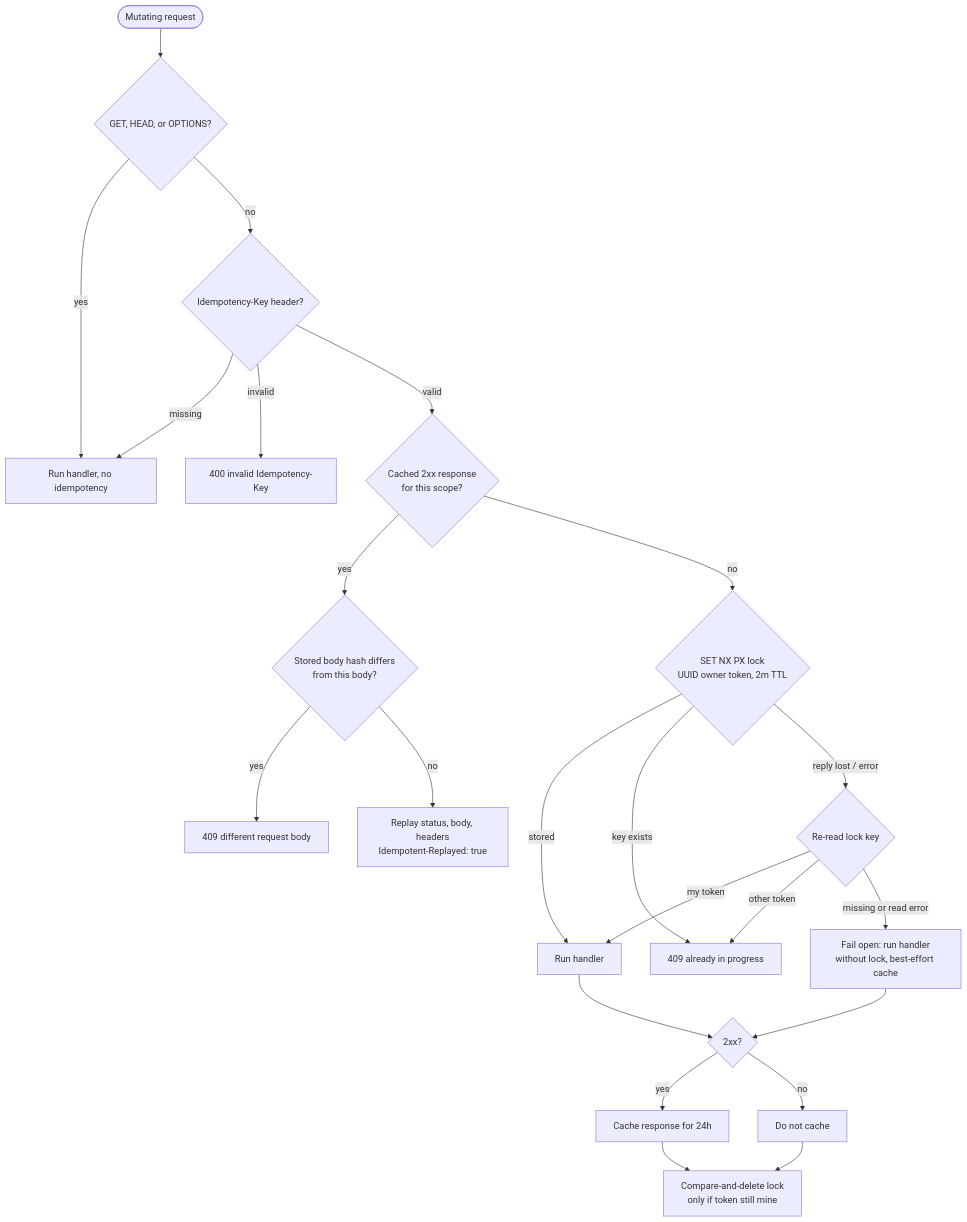
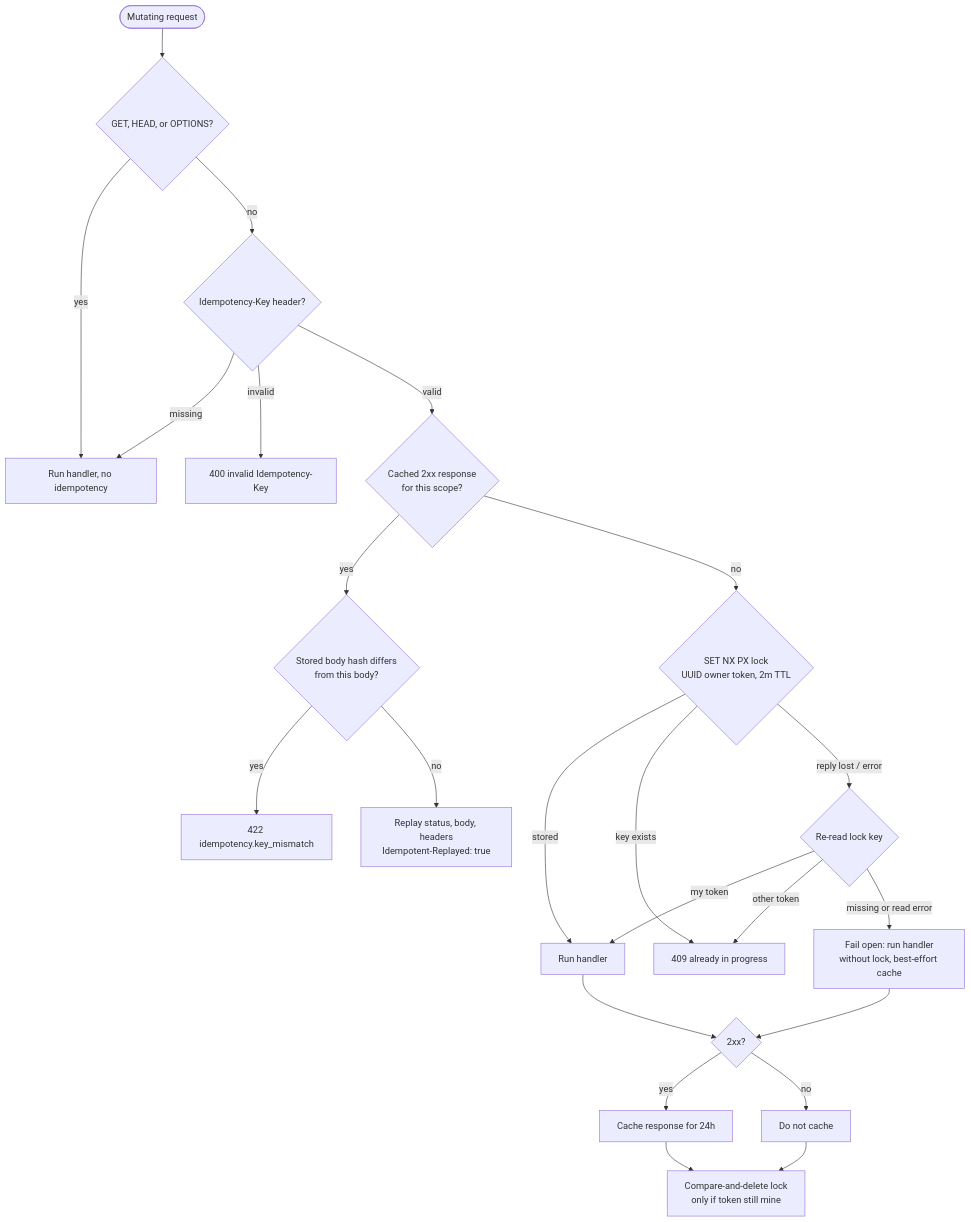
One commit to chuanghiduoc/fiber-golang-boilerplate changed the fifth of 8 diagrams in docs/operations.md. Above: the diagram before and after it, drawn with Mermaid. The commit also changed other lines of this file and 87 other files, not shown here.

````diff
--- a/docs/operations.md
+++ b/docs/operations.md
@@ -756,25 +763,25 @@
 ```mermaid
 flowchart TD
     req([Mutating request]) --> m{GET, HEAD, or OPTIONS?}
     m -- yes --> pass[Run handler, no idempotency]
     m -- no --> k{Idempotency-Key header?}
     k -- missing --> pass
     k -- invalid --> bad[400 invalid Idempotency-Key]
     k -- valid --> cached{Cached 2xx response<br/>for this scope?}
     cached -- yes --> body{Stored body hash differs<br/>from this body?}
-    body -- yes --> mismatch[409 different request body]
+    body -- yes --> mismatch[422 idempotency.key_mismatch]
     body -- no --> replay[Replay status, body, headers<br/>Idempotent-Replayed: true]
     cached -- no --> lock{SET NX PX lock<br/>UUID owner token, 2m TTL}
     lock -- stored --> run[Run handler]
     lock -- key exists --> busy[409 already in progress]
     lock -- reply lost / error --> readback{Re-read lock key}
     readback -- my token --> run
     readback -- other token --> busy
     readback -- missing or read error --> open[Fail open: run handler<br/>without lock, best-effort cache]
     open --> ok
     run --> ok{2xx?}
     ok -- yes --> store[Cache response for 24h]
     ok -- no --> skip[Do not cache]
     store --> release[Compare-and-delete lock<br/>only if token still mine]
     skip --> release
 ```
````
